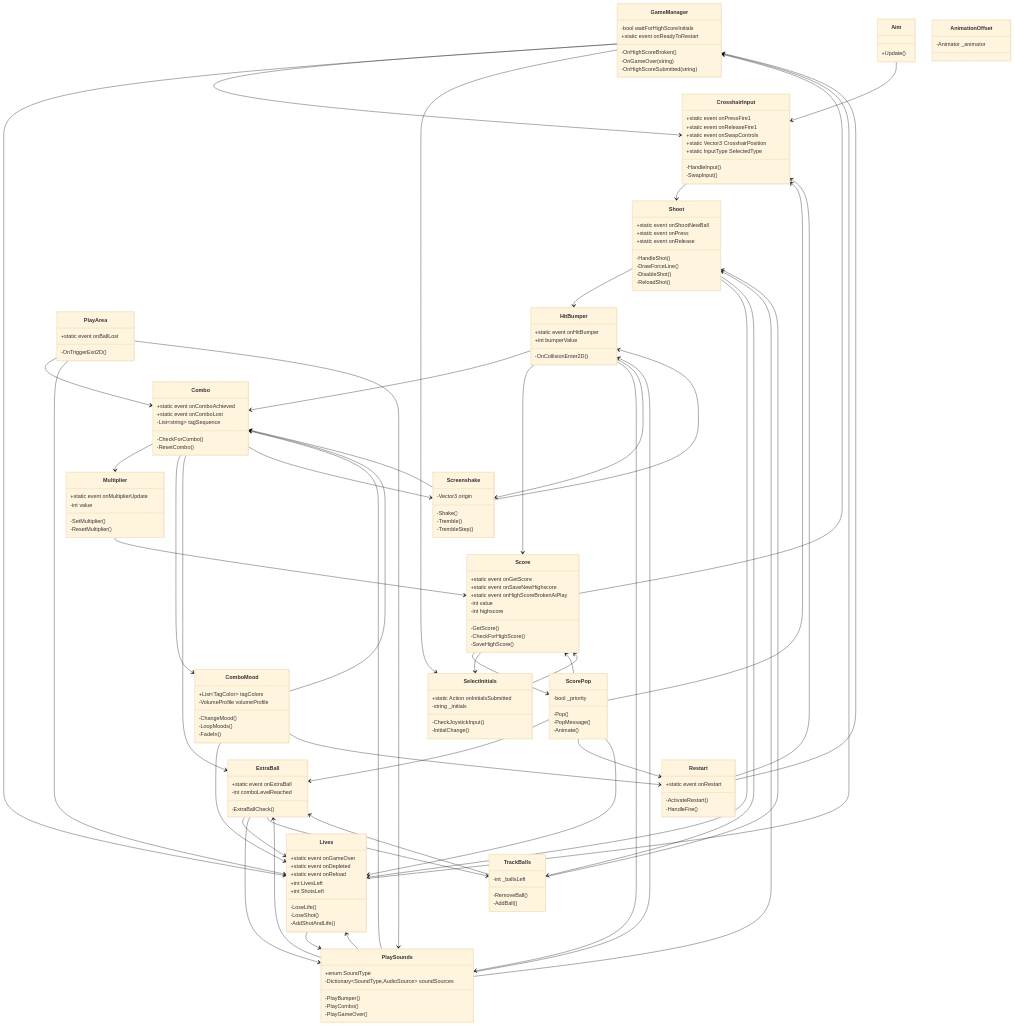
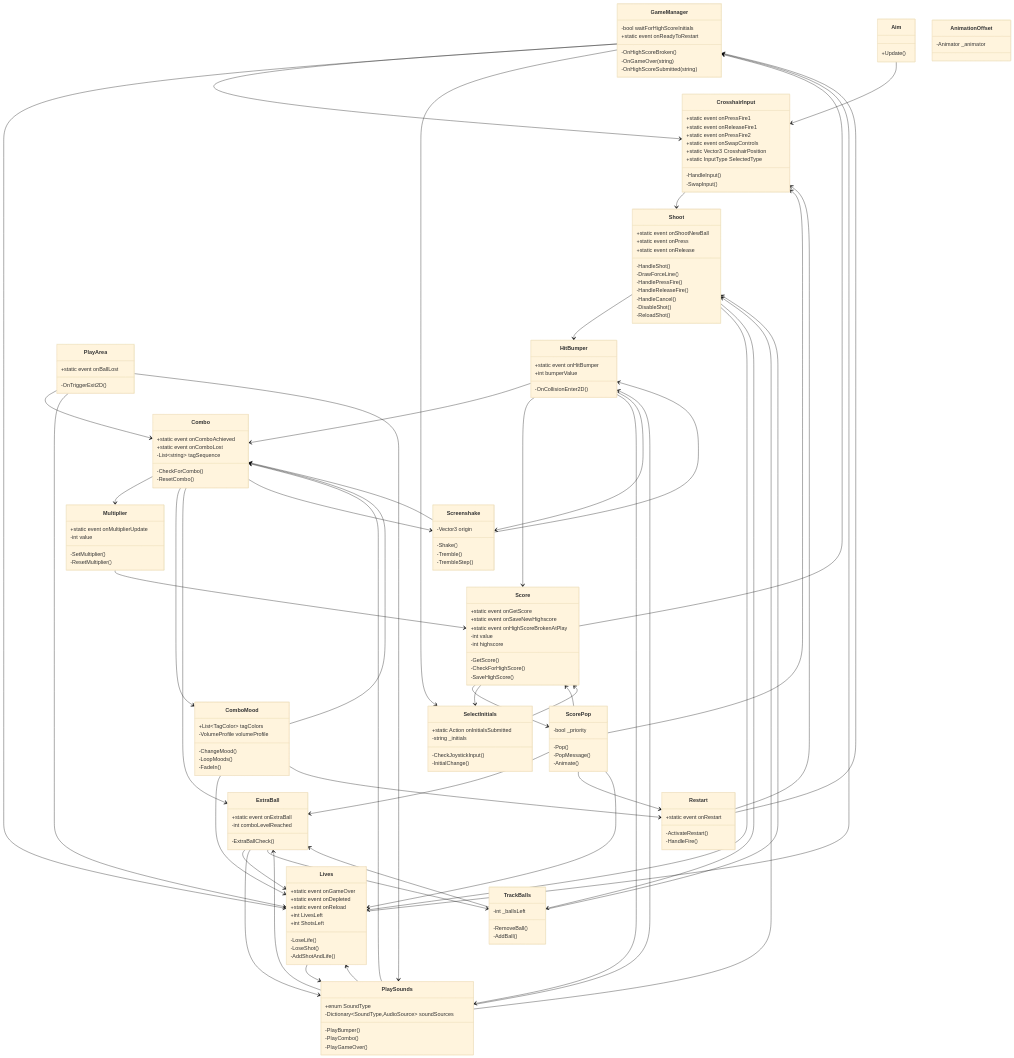
The first of 2 diagrams in DOCS/TechnicalDesign.md (erwinhenraat/Galactic_Ricochet), drawn with Mermaid (base theme) before and after one commit. The commit also changed other lines of this file and 3 other files, not shown here.

```diff
--- a/DOCS/TechnicalDesign.md
+++ b/DOCS/TechnicalDesign.md
@@ -75,6 +75,7 @@
     class CrosshairInput {
         +static event onPressFire1
         +static event onReleaseFire1
+        +static event onPressFire2
         +static event onSwapControls
         +static Vector3 CrosshairPosition
         +static InputType SelectedType
@@ -88,6 +89,9 @@
         +static event onRelease
         -HandleShot()
         -DrawForceLine()
+        -HandlePressFire()
+        -HandleReleaseFire()
+        -HandleCancel()
         -DisableShot()
         -ReloadShot()
     }
```
